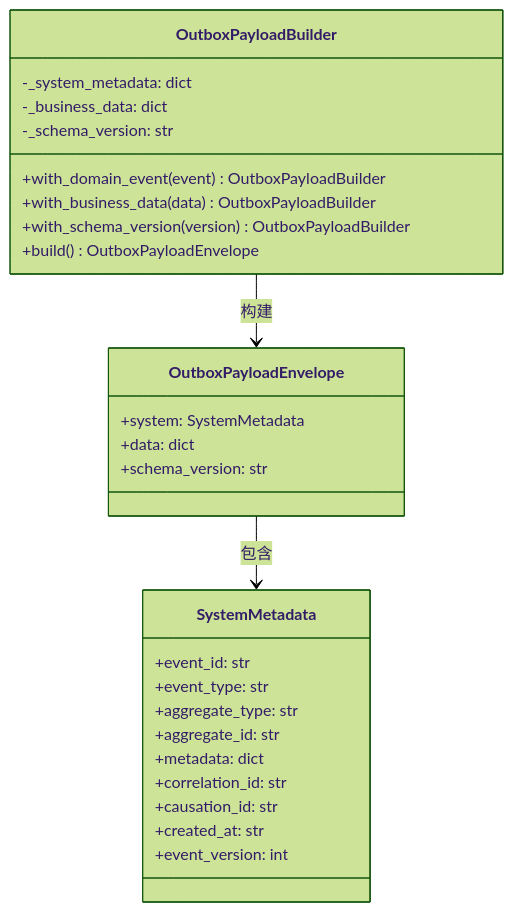
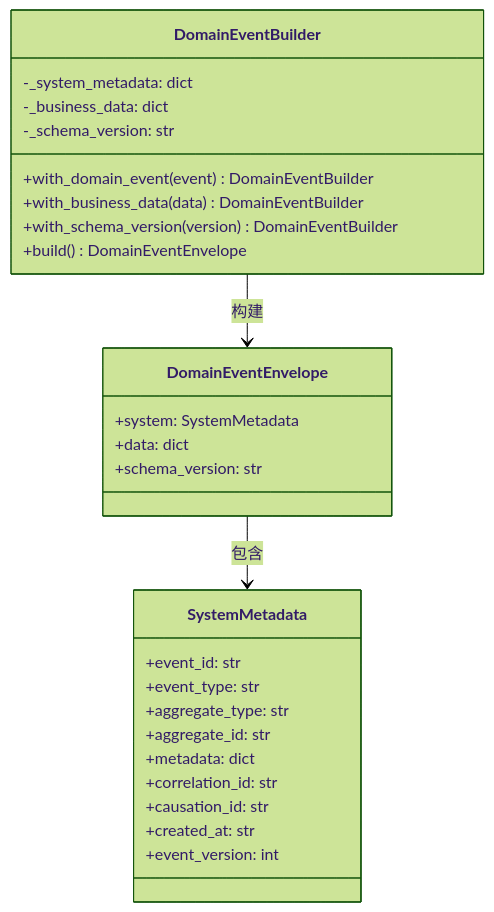
Before and after one commit to zhiyue/infinite-scribe: the fourth of 7 diagrams in apps/backend/src/common/outbox/README.md, drawn with Mermaid (forest theme). The commit also changed other lines of this file and 22 other files, not shown here.

````diff
--- a/apps/backend/src/common/outbox/README.md
+++ b/apps/backend/src/common/outbox/README.md
@@ -128,34 +128,34 @@
 ```mermaid
 classDiagram
-    class OutboxPayloadEnvelope {
+    class DomainEventEnvelope {
         +system: SystemMetadata
         +data: dict
         +schema_version: str
     }
-    
+
     class SystemMetadata {
         +event_id: str
         +event_type: str
         +aggregate_type: str
         +aggregate_id: str
         +metadata: dict
         +correlation_id: str
         +causation_id: str
         +created_at: str
         +event_version: int
     }
-    
-    class OutboxPayloadBuilder {
+
+    class DomainEventBuilder {
         -_system_metadata: dict
         -_business_data: dict
         -_schema_version: str
-        
-        +with_domain_event(event) OutboxPayloadBuilder
-        +with_business_data(data) OutboxPayloadBuilder
-        +with_schema_version(version) OutboxPayloadBuilder
-        +build() OutboxPayloadEnvelope
+
+        +with_domain_event(event) DomainEventBuilder
+        +with_business_data(data) DomainEventBuilder
+        +with_schema_version(version) DomainEventBuilder
+        +build() DomainEventEnvelope
     }
-    
-    OutboxPayloadEnvelope --> SystemMetadata : 包含
-    OutboxPayloadBuilder --> OutboxPayloadEnvelope : 构建
+
+    DomainEventEnvelope --> SystemMetadata : 包含
+    DomainEventBuilder --> DomainEventEnvelope : 构建
 ```
````
